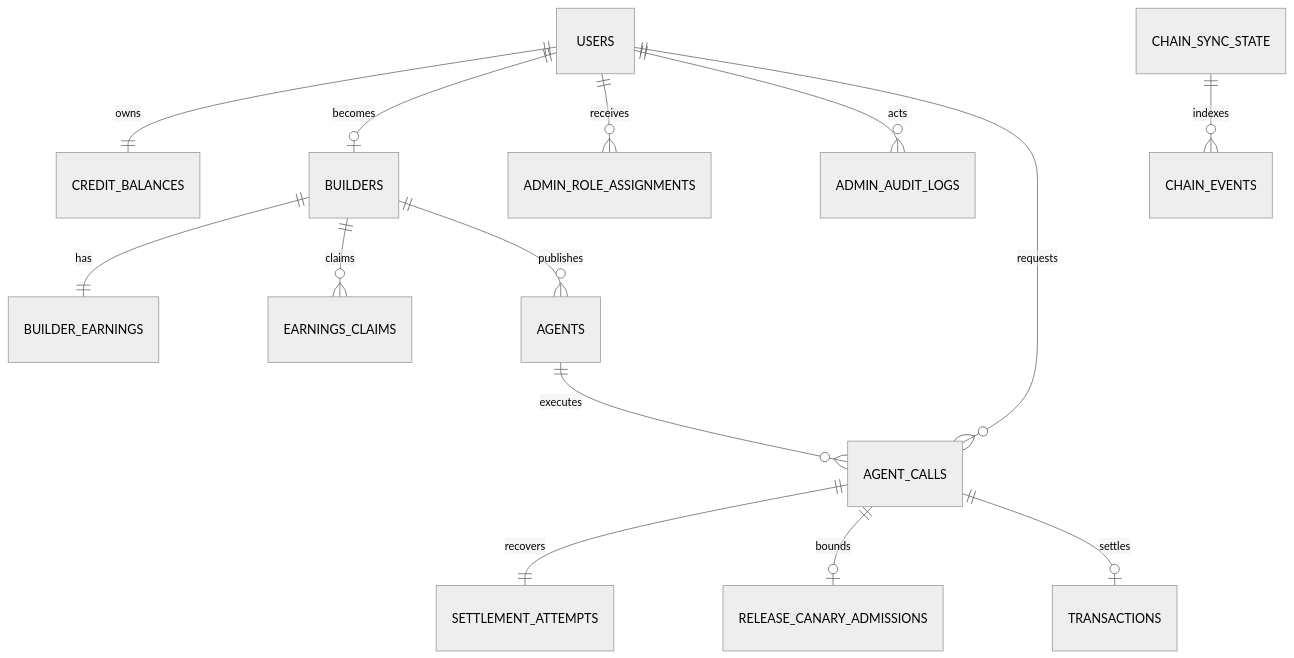
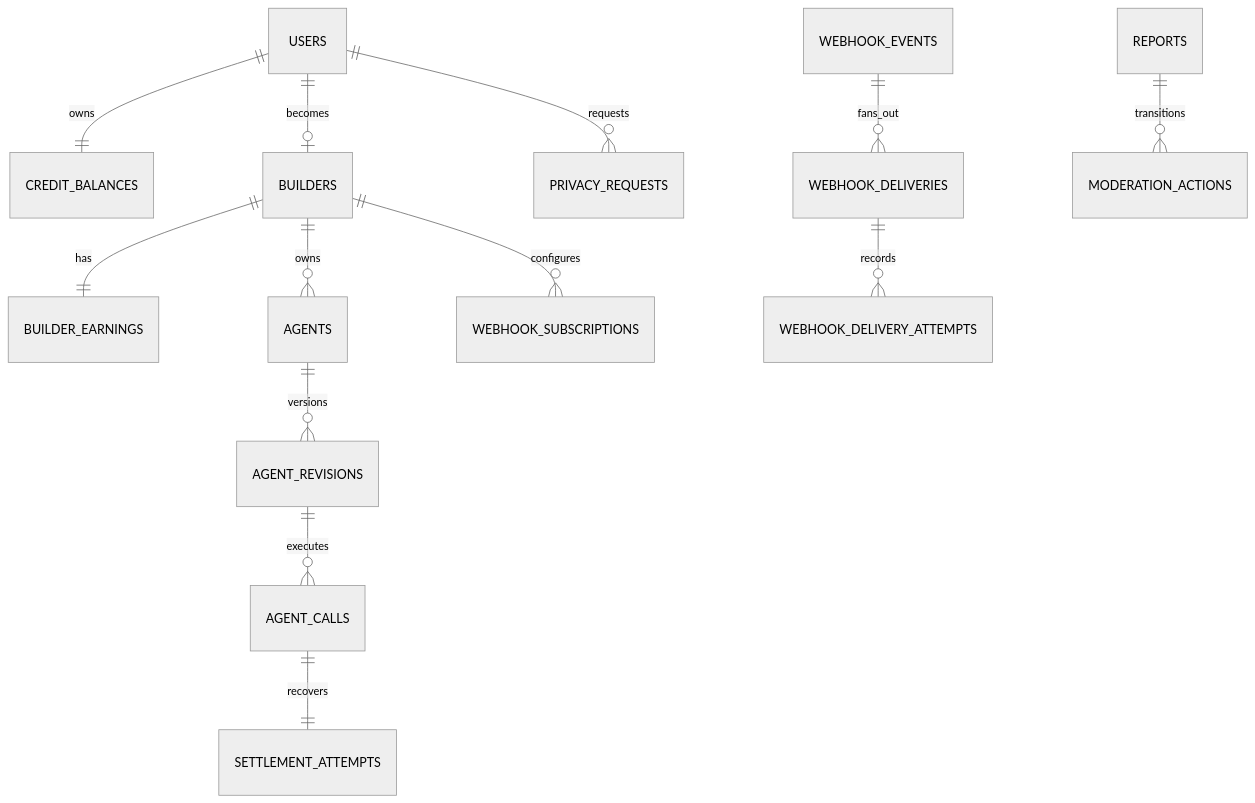
The diagram in docs/DATABASE_SCHEMA.md (velostralabs/velostra), drawn with Mermaid (neutral theme) before and after one commit. The commit also changed other lines of this file and 6 other files, not shown here.

````diff
--- a/docs/DATABASE_SCHEMA.md
+++ b/docs/DATABASE_SCHEMA.md
@@ -15,16 +16,15 @@
-```mermaid
+~~~mermaid
 erDiagram
     USERS ||--|| CREDIT_BALANCES : owns
     USERS ||--o| BUILDERS : becomes
-    USERS ||--o{ ADMIN_ROLE_ASSIGNMENTS : receives
-    USERS ||--o{ ADMIN_AUDIT_LOGS : acts
     BUILDERS ||--|| BUILDER_EARNINGS : has
-    BUILDERS ||--o{ EARNINGS_CLAIMS : claims
-    BUILDERS ||--o{ AGENTS : publishes
-    AGENTS ||--o{ AGENT_CALLS : executes
-    USERS ||--o{ AGENT_CALLS : requests
+    BUILDERS ||--o{ AGENTS : owns
+    AGENTS ||--o{ AGENT_REVISIONS : versions
+    AGENT_REVISIONS ||--o{ AGENT_CALLS : executes
     AGENT_CALLS ||--|| SETTLEMENT_ATTEMPTS : recovers
-    AGENT_CALLS ||--o| RELEASE_CANARY_ADMISSIONS : bounds
-    AGENT_CALLS ||--o| TRANSACTIONS : settles
-    CHAIN_SYNC_STATE ||--o{ CHAIN_EVENTS : indexes
-```
+    BUILDERS ||--o{ WEBHOOK_SUBSCRIPTIONS : configures
+    WEBHOOK_EVENTS ||--o{ WEBHOOK_DELIVERIES : fans_out
+    WEBHOOK_DELIVERIES ||--o{ WEBHOOK_DELIVERY_ATTEMPTS : records
+    REPORTS ||--o{ MODERATION_ACTIONS : transitions
+    USERS ||--o{ PRIVACY_REQUESTS : requests
+~~~
````
